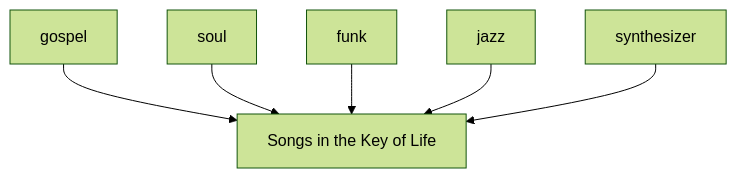
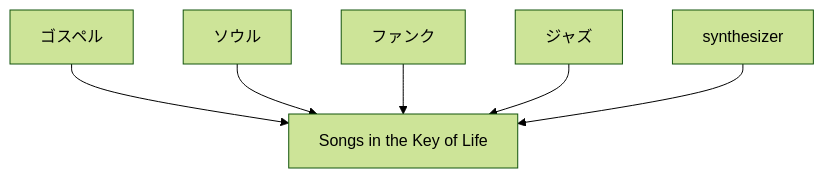
The second of 7 diagrams in en/_posts/2026-07-03-column-influential-album-06.md (monumental-movement/monumental-movement.github.io), drawn with Mermaid (forest theme) before and after one commit. The commit also changed other lines of this file and 2196 other files, not shown here.

```diff
--- a/en/_posts/2026-07-03-column-influential-album-06.md
+++ b/en/_posts/2026-07-03-column-influential-album-06.md
@@ -240,16 +240,16 @@
 <div class="mermaid">
 flowchart TD
-A[gospel]
-B[soul]
-C[funk]
-D[jazz]
+A[ゴスペル]
+B[ソウル]
+C[ファンク]
+D[ジャズ]
 E[synthesizer]
 F[Songs in the Key of Life]
 
 A --> F
 B --> F
 C --> F
 D --> F
 E --> F
 
 </div>
```
